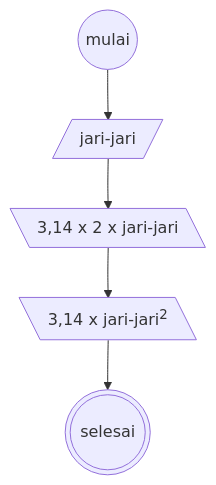
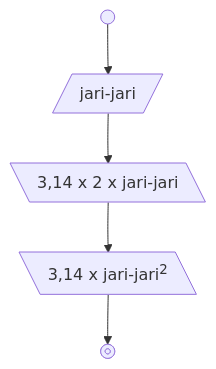
One commit to sronnaim/koda-b10-algoritma changed the second of 2 diagrams in README.md. Above: the diagram before and after it, drawn with Mermaid. The commit also changed other lines of this file, not shown here.

Commit message:
chore: updated to use start and stop shapes instead

````diff
--- a/README.md
+++ b/README.md
@@ -55,10 +55,10 @@
 ```mermaid
 flowchart TD
-    Start@{ shape: circle, label: "mulai" }
-    End@{ shape: dbl-circ, label: "selesai"}
+    Start@{ shape: start, label: "mulai" }
+    End@{ shape: stop, label: "selesai"}
     Input@{ shape: lean-r, label: "jari-jari"}
     OutputCircum@{ shape: lean-l, label: "3,14 x jari-jari<sup>2</sup>" }
     OutputArea@{ shape: lean-l, label: "3,14 x 2 x jari-jari "}
 
     Start --> Input --> OutputArea --> OutputCircum --> End
 ```
````
